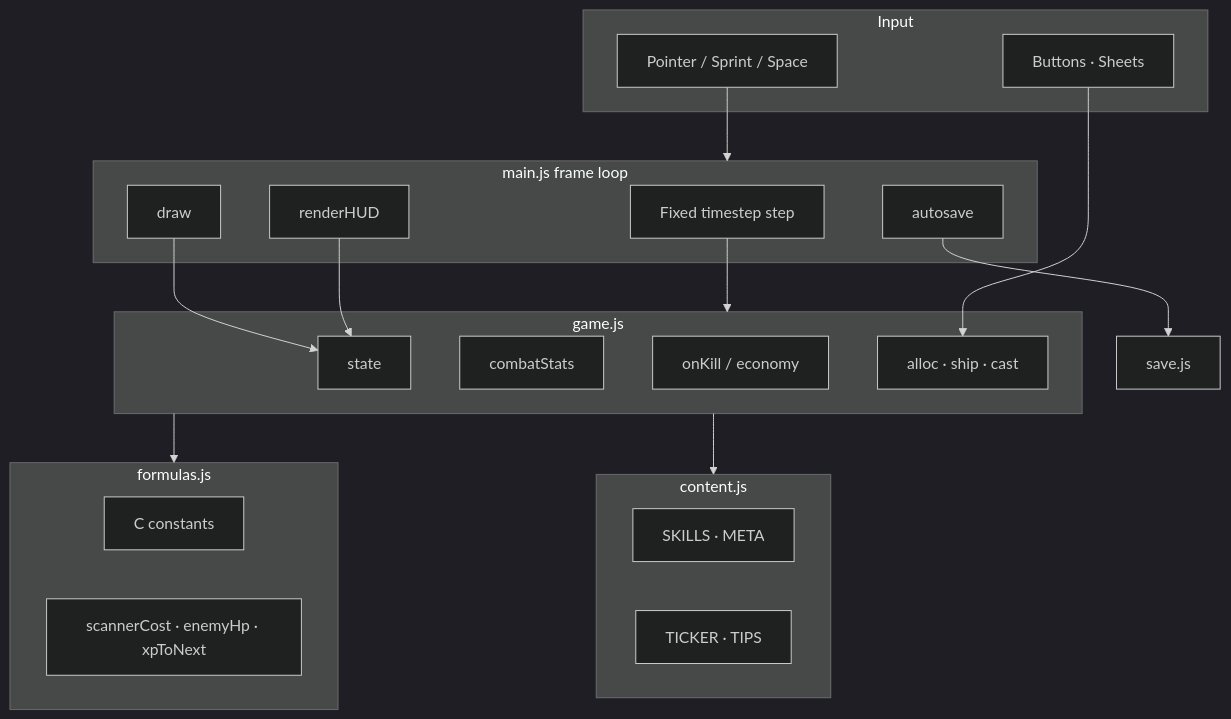
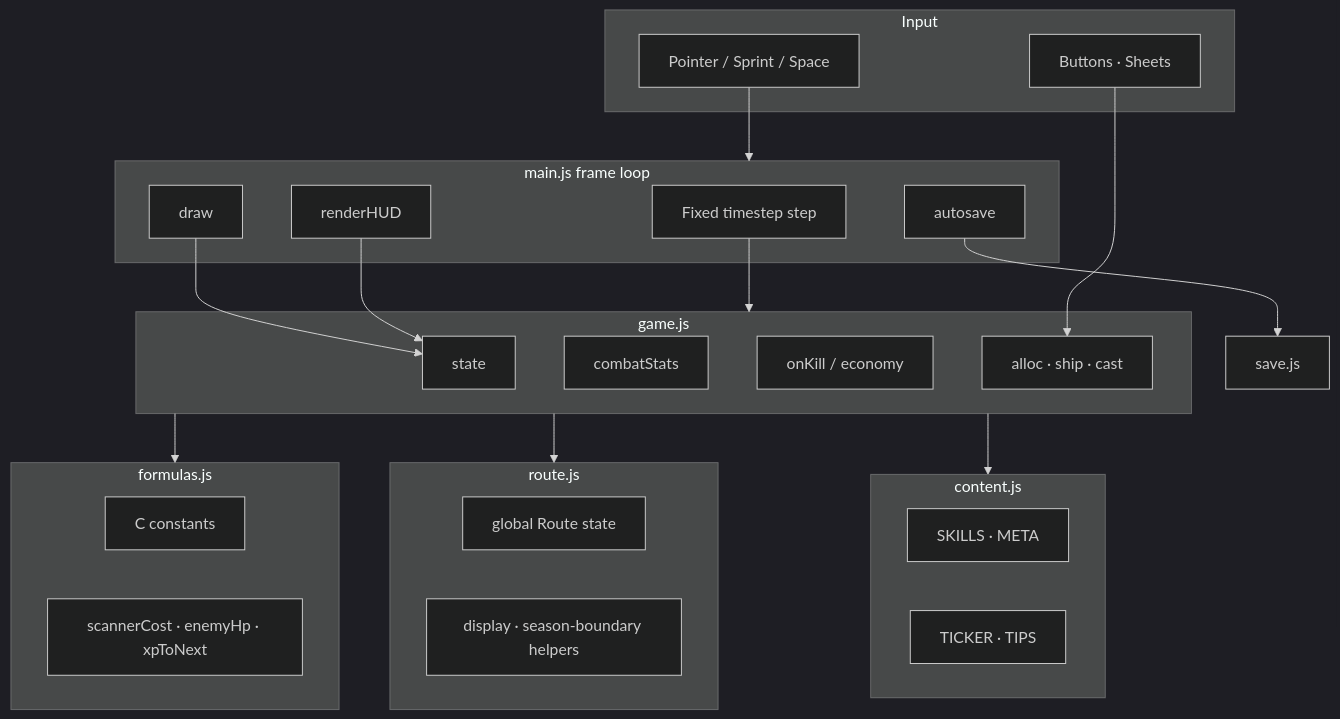
Before and after one commit to YubenTT/apn-idle-game: the diagram in docs/ARCHITECTURE.md, drawn with Mermaid (dark theme). The commit also changed other lines of this file and 16 other files, not shown here.

Commit message:
feat: add persistent global route state

````diff
--- a/docs/ARCHITECTURE.md
+++ b/docs/ARCHITECTURE.md
@@ -12,40 +12,46 @@
 ```mermaid
 flowchart TB
   subgraph Input
     P[Pointer / Sprint / Space]
     B[Buttons · Sheets]
   end
 
   subgraph Loop["main.js frame loop"]
     FT[Fixed timestep step]
     DR[draw]
     HUD[renderHUD]
     SV[autosave]
   end
 
   subgraph Domain["game.js"]
     ST[state]
     CS[combatStats]
     OK[onKill / economy]
     AC[alloc · ship · cast]
   end
 
   subgraph Pure["formulas.js"]
     C[C constants]
     FN[scannerCost · enemyHp · xpToNext]
   end
 
+  subgraph Route["route.js"]
+    RS[global Route state]
+    RF[display · season-boundary helpers]
+  end
+
   subgraph Data["content.js"]
     SK[SKILLS · META]
     TK[TICKER · TIPS]
   end
 
   P --> Loop
   B --> AC
   FT --> Domain
   Domain --> Pure
+  Domain --> Route
   Domain --> Data
   DR --> ST
   HUD --> ST
   SV --> save.js
 ```
````
